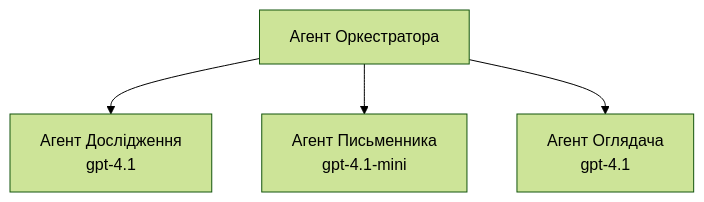
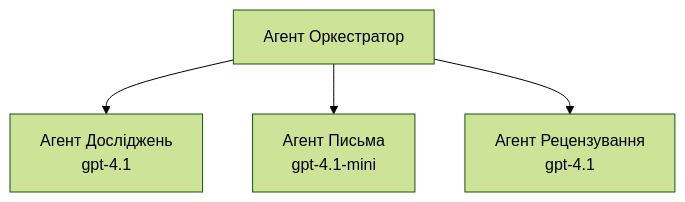
Before and after one commit to microsoft/AZD-for-beginners: the third of 3 diagrams in translations/uk/docs/chapter-02-ai-development/agents.md, drawn with Mermaid (forest theme). The commit also changed other lines of this file and 101 other files, not shown here.

````diff
--- a/translations/uk/docs/chapter-02-ai-development/agents.md
+++ b/translations/uk/docs/chapter-02-ai-development/agents.md
@@ -189,6 +194,6 @@
 ```mermaid
 graph TD
-    Orchestrator[Агент Оркестратора] --> Research[Агент Дослідження<br/>gpt-4.1]
-    Orchestrator --> Writer[Агент Письменника<br/>gpt-4.1-mini]
-    Orchestrator --> Reviewer[Агент Оглядача<br/>gpt-4.1]
+    Orchestrator[Агент Оркестратор] --> Research[Агент Досліджень<br/>gpt-4.1]
+    Orchestrator --> Writer[Агент Письма<br/>gpt-4.1-mini]
+    Orchestrator --> Reviewer[Агент Рецензування<br/>gpt-4.1]
 ```
````
